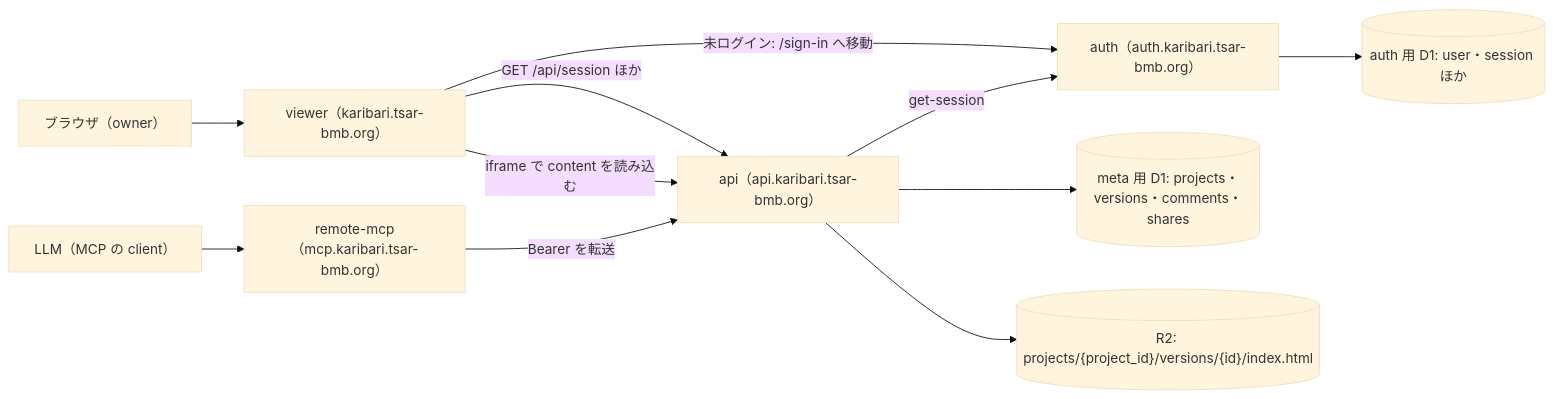
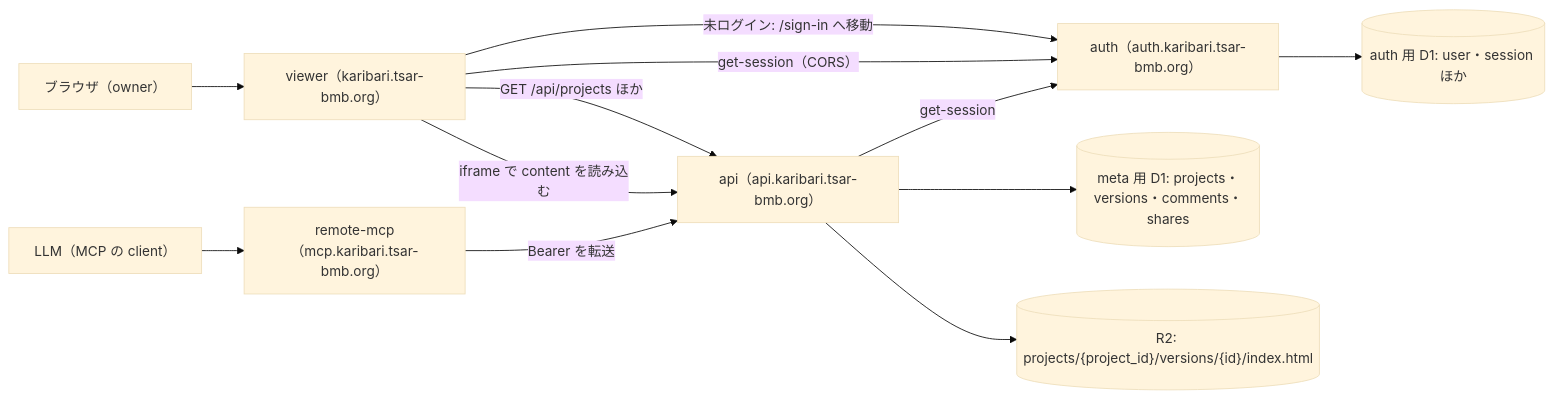
The first of 11 diagrams in docs/superpowers/specs/2026-10-06-owner-viewer-design/README.md (taiki-kuraishi/karibari), drawn with Mermaid (base theme) before and after one commit. The commit also changed other lines of this file and 17 other files, not shown here.

Commit message:
📝 docs: re-split the owner-viewer design into one-API phases

````diff
--- a/docs/superpowers/specs/2026-10-06-owner-viewer-design/README.md
+++ b/docs/superpowers/specs/2026-10-06-owner-viewer-design/README.md
@@ -33,13 +35,14 @@
 ```mermaid
 flowchart LR
   owner["ブラウザ（owner）"] --> viewer["viewer（karibari.tsar-bmb.org）"]
-  viewer -->|"GET /api/session ほか"| api["api（api.karibari.tsar-bmb.org）"]
+  viewer -->|"GET /api/projects ほか"| api["api（api.karibari.tsar-bmb.org）"]
   viewer -->|"iframe で content を読み込む"| api
   viewer -->|"未ログイン: /sign-in へ移動"| auth["auth（auth.karibari.tsar-bmb.org）"]
+  viewer -->|"get-session（CORS）"| auth
   llm["LLM（MCP の client）"] --> mcp["remote-mcp（mcp.karibari.tsar-bmb.org）"]
   mcp -->|"Bearer を転送"| api
   api -->|"get-session"| auth
   api --> metaDb[("meta 用 D1: projects・versions・comments・shares")]
   api --> r2[("R2: projects/{project_id}/versions/{id}/index.html")]
   auth --> authDb[("auth 用 D1: user・session ほか")]
 ```
````
